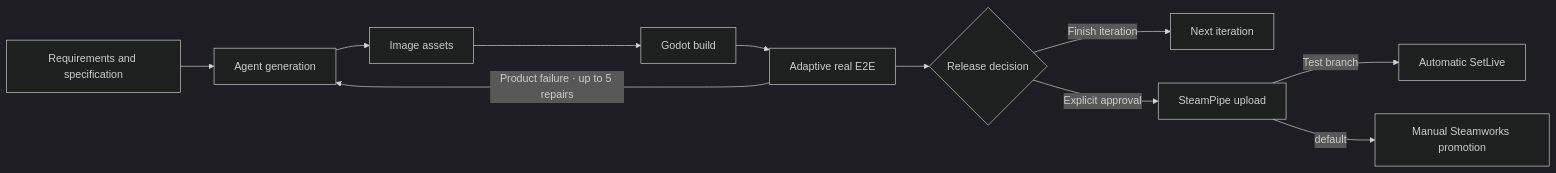
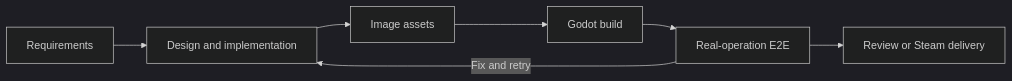
Before and after one commit to asssaver97/DeviLudo: the diagram in README.md, drawn with Mermaid (dark theme). The commit also changed other lines of this file and 1 other file, not shown here.

````diff
--- a/README.md
+++ b/README.md
@@ -42,13 +26,9 @@
 ```mermaid
 flowchart LR
-    A[Requirements and specification] --> B[Agent generation]
+    A[Requirements] --> B[Design and implementation]
     B --> C[Image assets]
     C --> D[Godot build]
-    D --> E[Adaptive real E2E]
-    E -->|Product failure · up to 5 repairs| B
-    E --> F{Release decision}
-    F -->|Finish iteration| G[Next iteration]
-    F -->|Explicit approval| H[SteamPipe upload]
-    H -->|Test branch| I[Automatic SetLive]
-    H -->|default| J[Manual Steamworks promotion]
+    D --> E[Real-operation E2E]
+    E -->|Fix and retry| B
+    E --> F[Review or Steam delivery]
 ```
````
